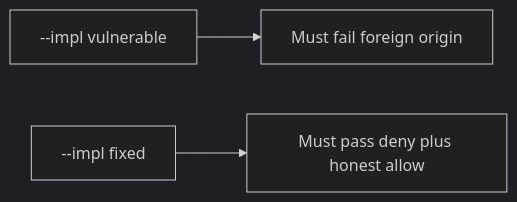
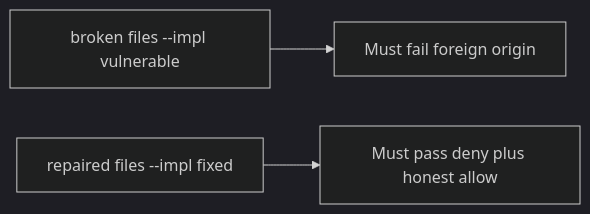
The diagram in content/modules/6/6.3/lessons/05-verify.md (ishitvagoel/LearnSecurity), drawn with Mermaid (dark theme) before and after one commit. The commit also changed other lines of this file and 55 other files, not shown here.

````diff
--- a/content/modules/6/6.3/lessons/05-verify.md
+++ b/content/modules/6/6.3/lessons/05-verify.md
@@ -15,5 +14,5 @@
 ```mermaid
 flowchart LR
-  V["--impl vulnerable"] --> F["Must fail foreign origin"]
-  X["--impl fixed"] --> P["Must pass deny plus honest allow"]
+  V["broken files --impl vulnerable"] --> F["Must fail foreign origin"]
+  X["repaired files --impl fixed"] --> P["Must pass deny plus honest allow"]
 ```
````
